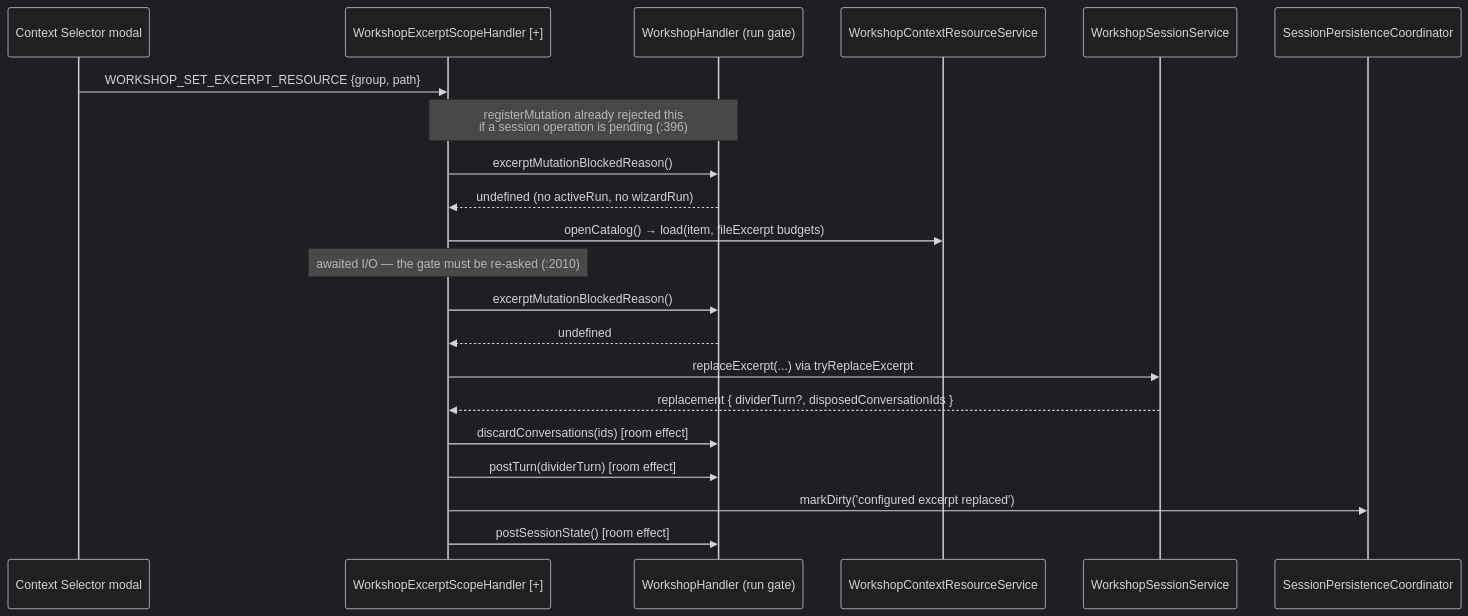
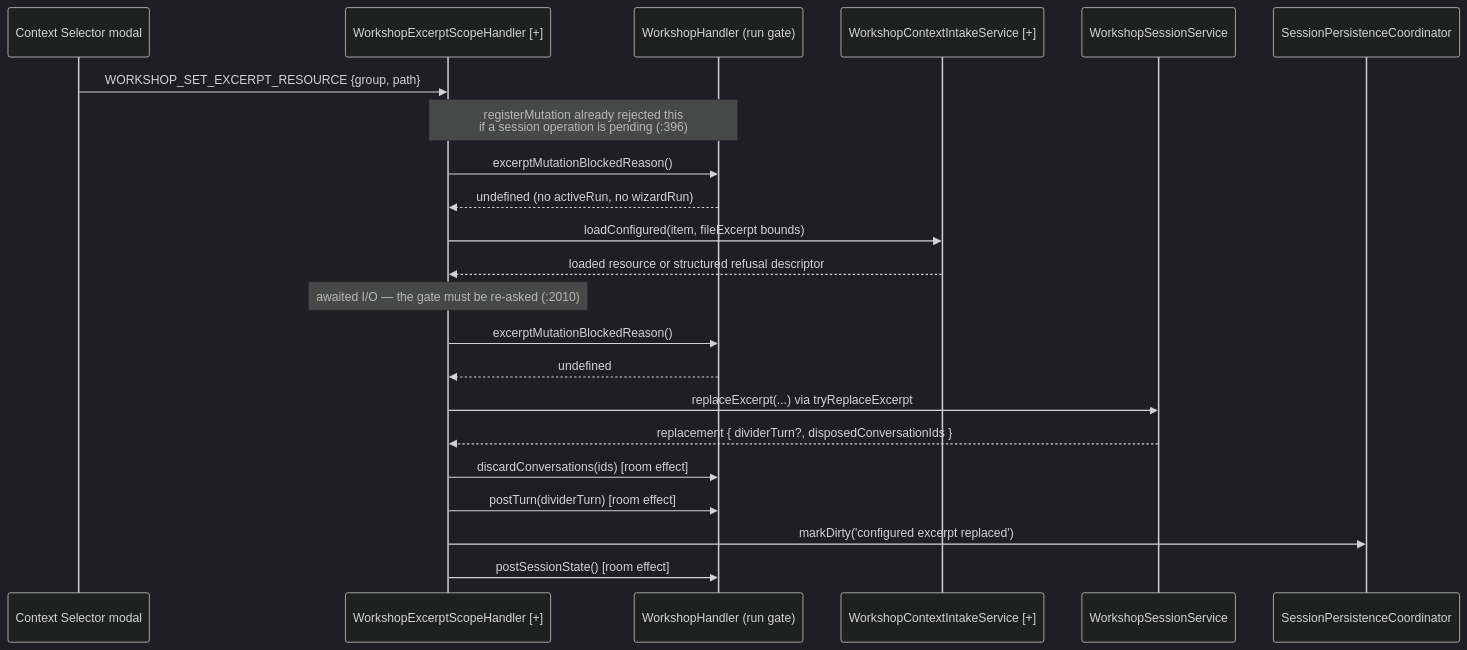
One commit to okeylanders/prose-minion-vscode changed the second of 2 diagrams in docs/architecture/2026-08-04-workshop-sprint-04-handler-runway.md. Above: the diagram before and after it, drawn with Mermaid (dark theme). The commit also changed other lines of this file and 3 other files, not shown here.

````diff
--- a/docs/architecture/2026-08-04-workshop-sprint-04-handler-runway.md
+++ b/docs/architecture/2026-08-04-workshop-sprint-04-handler-runway.md
@@ -179,24 +202,25 @@
 ```mermaid
 sequenceDiagram
     participant UI as Context Selector modal
     participant EX as WorkshopExcerptScopeHandler [+]
     participant Gate as WorkshopHandler (run gate)
-    participant Cat as WorkshopContextResourceService
+    participant Intake as WorkshopContextIntakeService [+]
     participant S as WorkshopSessionService
     participant P as SessionPersistenceCoordinator
 
     UI->>EX: WORKSHOP_SET_EXCERPT_RESOURCE {group, path}
     Note over EX,Gate: registerMutation already rejected this<br/>if a session operation is pending (:396)
     EX->>Gate: excerptMutationBlockedReason()
     Gate-->>EX: undefined  (no activeRun, no wizardRun)
-    EX->>Cat: openCatalog() → load(item, fileExcerpt budgets)
+    EX->>Intake: loadConfigured(item, fileExcerpt bounds)
+    Intake-->>EX: loaded resource or structured refusal descriptor
     Note over EX: awaited I/O — the gate must be re-asked (:2010)
     EX->>Gate: excerptMutationBlockedReason()
     Gate-->>EX: undefined
     EX->>S: replaceExcerpt(...)  via tryReplaceExcerpt
     S-->>EX: replacement { dividerTurn?, disposedConversationIds }
     EX->>Gate: discardConversations(ids)   [room effect]
     EX->>Gate: postTurn(dividerTurn)       [room effect]
     EX->>P: markDirty('configured excerpt replaced')
     EX->>Gate: postSessionState()          [room effect]
 ```
````
